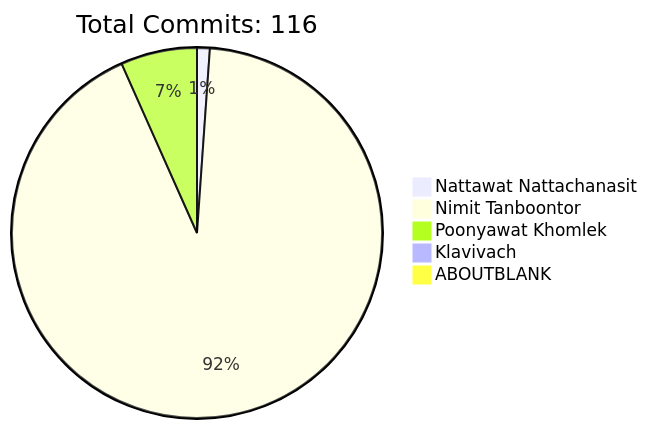
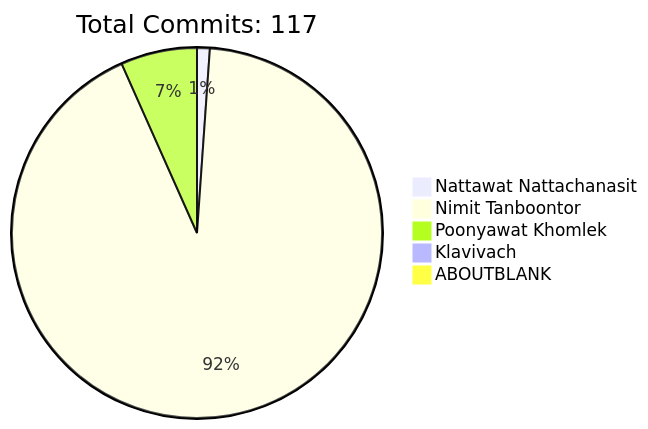
The diagram in README.md (HLLC-MFU/HLLC-2025), drawn with Mermaid before and after one commit. The commit also changed other lines of this file, not shown here.

````diff
--- a/README.md
+++ b/README.md
@@ -170,9 +170,9 @@
 ```mermaid
 pie
-    title Total Commits: 116
+    title Total Commits: 117
     "Nattawat Nattachanasit" : 1
     "Nimit Tanboontor" : 83
     "Poonyawat Khomlek" : 6
     "Klavivach" : 0
     "ABOUTBLANK" : 0
 ```
````
